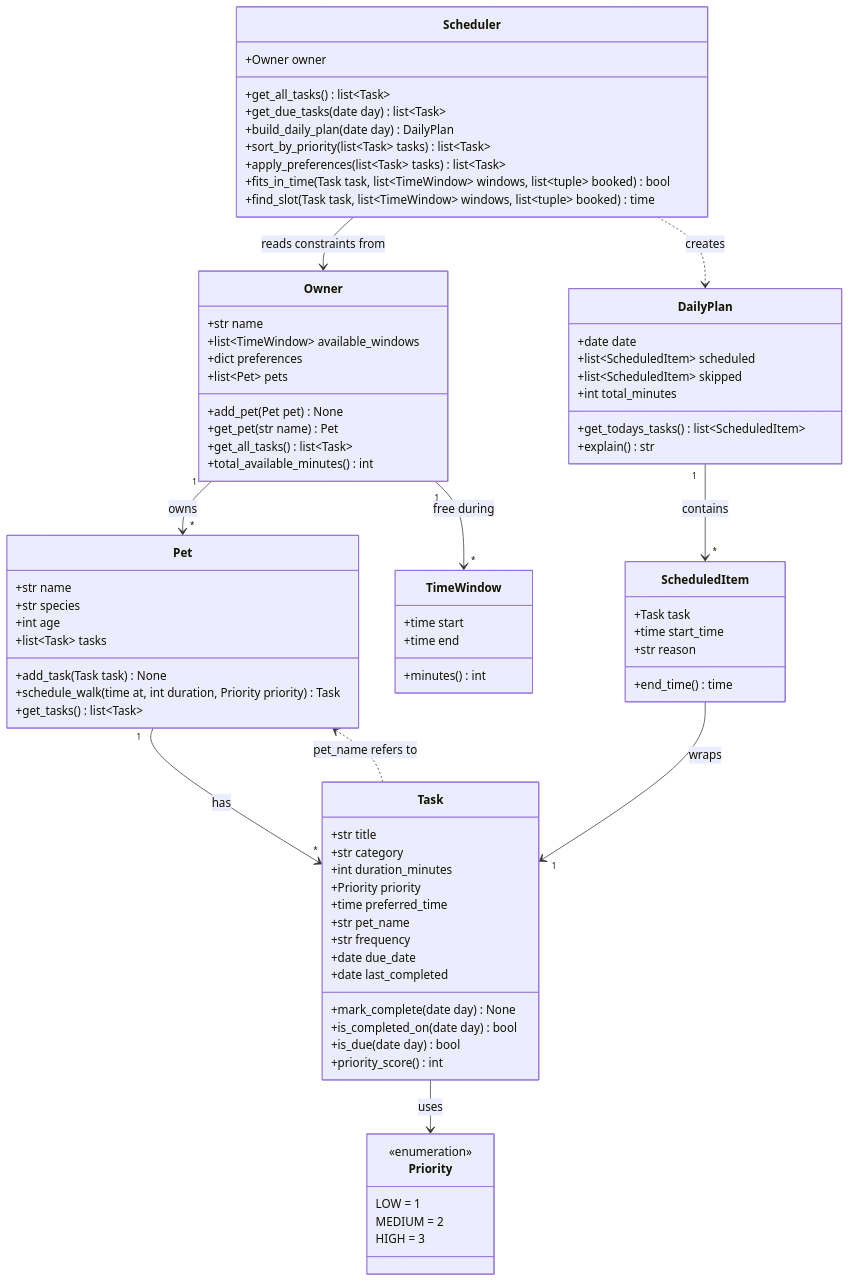
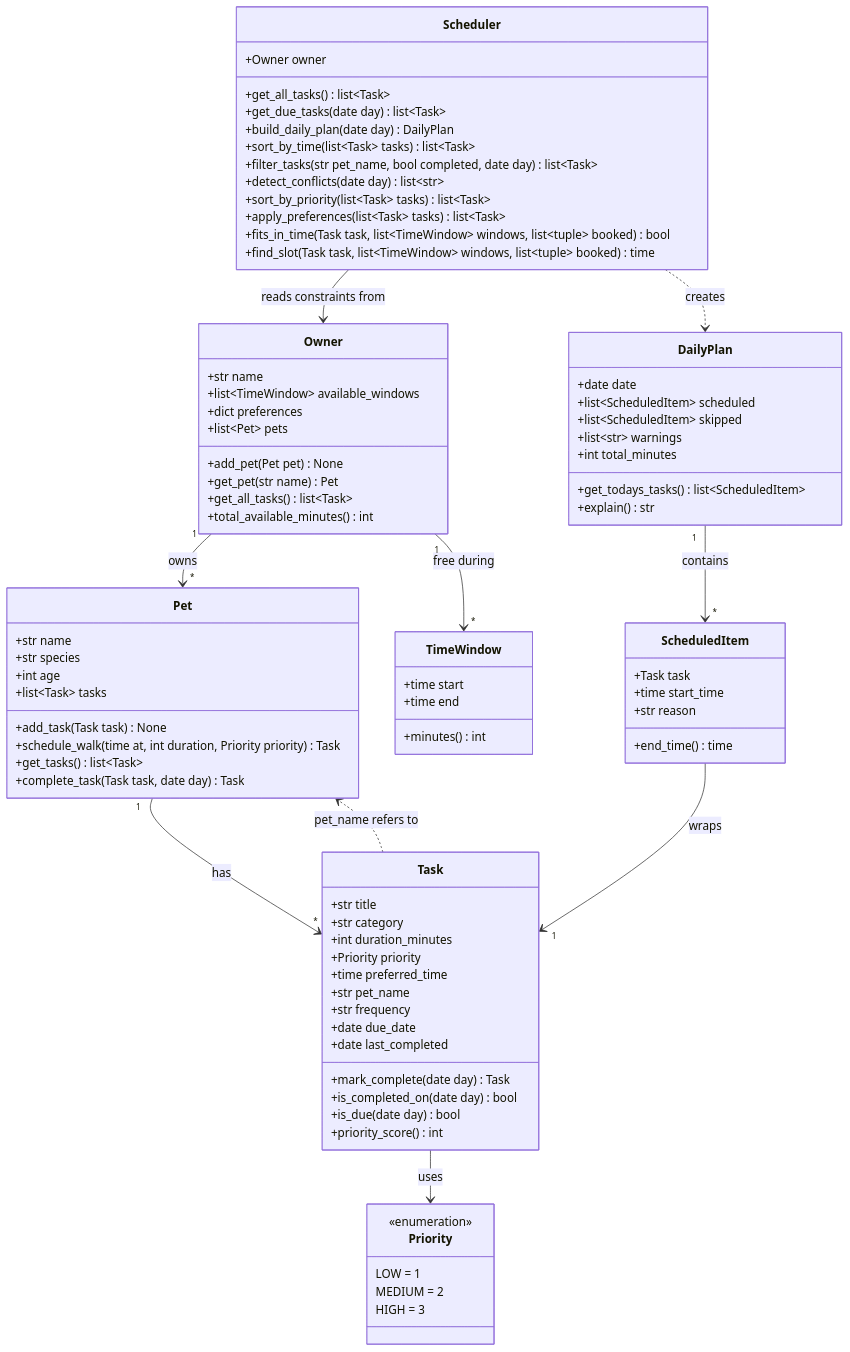
Before and after one commit to BronsonChow/ai110-module2show-pawpal-starter: the diagram in diagrams/uml.mmd, drawn with Mermaid. The commit also changed 6 other files, not shown here.

First line of the commit message:
Add time sorting, filtering, recurring tasks, and conflict warnings

```diff
--- a/diagrams/uml.mmd
+++ b/diagrams/uml.mmd
@@ -1,91 +1,96 @@
 classDiagram
     %% PawPal+ design
     %% Core actions: add a pet (Owner), schedule a walk / any task (Pet + Task),
     %% see today's tasks (Scheduler -> DailyPlan)
 
     class Priority {
         <<enumeration>>
         LOW = 1
         MEDIUM = 2
         HIGH = 3
     }
 
     class TimeWindow {
         +time start
         +time end
         +minutes() int
     }
 
     class Owner {
         +str name
         +list~TimeWindow~ available_windows
         +dict preferences
         +list~Pet~ pets
         +add_pet(Pet pet) None
         +get_pet(str name) Pet
         +get_all_tasks() list~Task~
         +total_available_minutes() int
     }
 
     class Pet {
         +str name
         +str species
         +int age
         +list~Task~ tasks
         +add_task(Task task) None
         +schedule_walk(time at, int duration, Priority priority) Task
         +get_tasks() list~Task~
+        +complete_task(Task task, date day) Task
     }
 
     class Task {
         +str title
         +str category
         +int duration_minutes
         +Priority priority
         +time preferred_time
         +str pet_name
         +str frequency
         +date due_date
         +date last_completed
-        +mark_complete(date day) None
+        +mark_complete(date day) Task
         +is_completed_on(date day) bool
         +is_due(date day) bool
         +priority_score() int
     }
 
     class Scheduler {
         +Owner owner
         +get_all_tasks() list~Task~
         +get_due_tasks(date day) list~Task~
         +build_daily_plan(date day) DailyPlan
+        +sort_by_time(list~Task~ tasks) list~Task~
+        +filter_tasks(str pet_name, bool completed, date day) list~Task~
+        +detect_conflicts(date day) list~str~
         +sort_by_priority(list~Task~ tasks) list~Task~
         +apply_preferences(list~Task~ tasks) list~Task~
         +fits_in_time(Task task, list~TimeWindow~ windows, list~tuple~ booked) bool
         +find_slot(Task task, list~TimeWindow~ windows, list~tuple~ booked) time
     }
 
     class ScheduledItem {
         +Task task
         +time start_time
         +str reason
         +end_time() time
     }
 
     class DailyPlan {
         +date date
         +list~ScheduledItem~ scheduled
         +list~ScheduledItem~ skipped
+        +list~str~ warnings
         +int total_minutes
         +get_todays_tasks() list~ScheduledItem~
         +explain() str
     }
 
     Owner "1" --> "*" Pet : owns
     Owner "1" --> "*" TimeWindow : free during
     Pet "1" --> "*" Task : has
     Task --> Priority : uses
     Task ..> Pet : pet_name refers to
     Scheduler --> Owner : reads constraints from
     Scheduler ..> DailyPlan : creates
     DailyPlan "1" --> "*" ScheduledItem : contains
     ScheduledItem --> "1" Task : wraps
```
